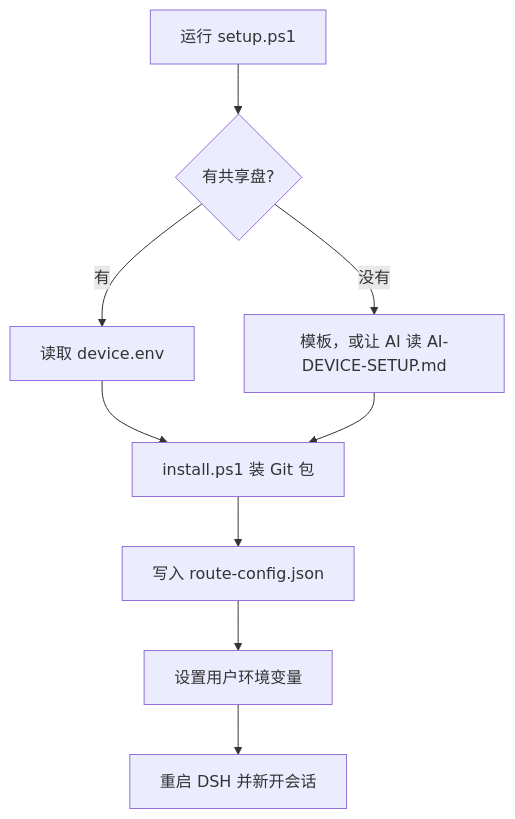
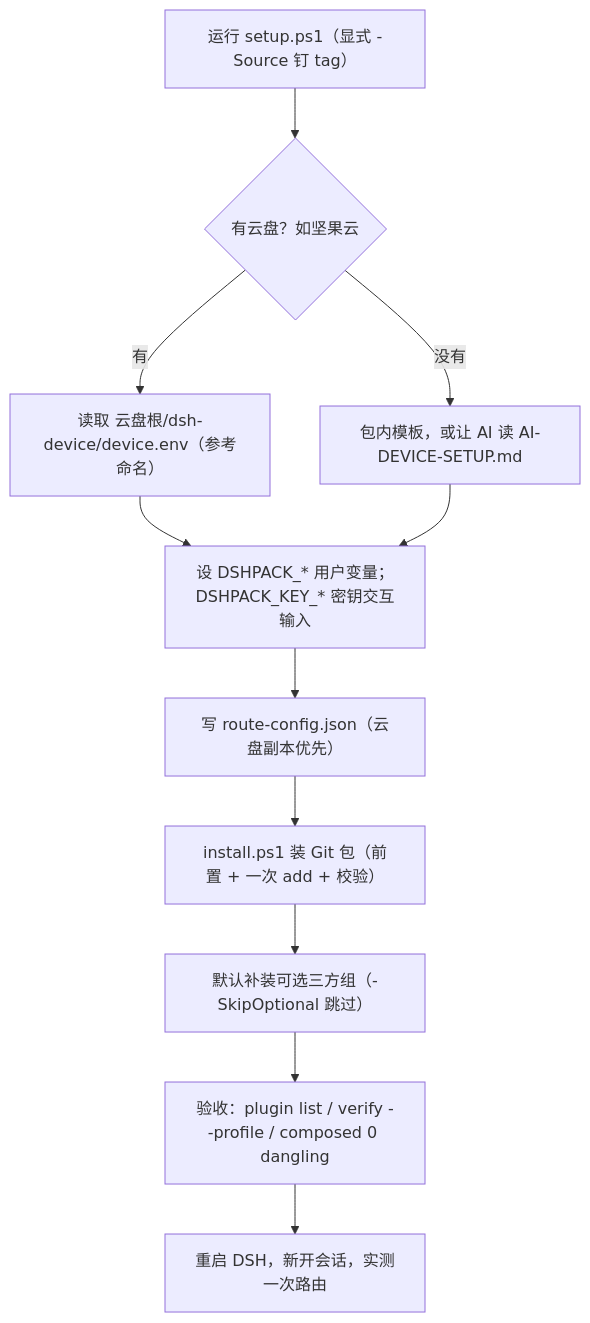
One commit to Robert-Wang-08/dsh-ynm3000 changed the diagram in README.md. Above: the diagram before and after it, drawn with Mermaid. The commit also changed other lines of this file and 4 other files, not shown here.

Commit message:
docs: 新设备安装流程图重绘 v2（补密钥/可选三方组/验收三步）；SkillHub 标注为参考名称

````diff
--- a/README.md
+++ b/README.md
@@ -47,11 +47,13 @@
 ```mermaid
 flowchart TD
-  A["运行 setup.ps1"] --> B{"有共享盘?"}
-  B -->|有| C["读取 device.env"]
-  B -->|没有| D["模板，或让 AI 读 AI-DEVICE-SETUP.md"]
-  C --> E["install.ps1 装 Git 包"]
+  A["运行 setup.ps1（显式 -Source 钉 tag）"] --> B{"有云盘？如坚果云"}
+  B -->|有| C["读取 云盘根/dsh-device/device.env（参考命名）"]
+  B -->|没有| D["包内模板，或让 AI 读 AI-DEVICE-SETUP.md"]
+  C --> E["设 DSHPACK_* 用户变量；DSHPACK_KEY_* 密钥交互输入"]
   D --> E
-  E --> F["写入 route-config.json"]
-  F --> G["设置用户环境变量"]
-  G --> H["重启 DSH 并新开会话"]
+  E --> F["写 route-config.json（云盘副本优先）"]
+  F --> G["install.ps1 装 Git 包（前置 + 一次 add + 校验）"]
+  G --> H["默认补装可选三方组（-SkipOptional 跳过）"]
+  H --> I["验收：plugin list / verify --profile / composed 0 dangling"]
+  I --> J["重启 DSH，新开会话，实测一次路由"]
 ```
````
